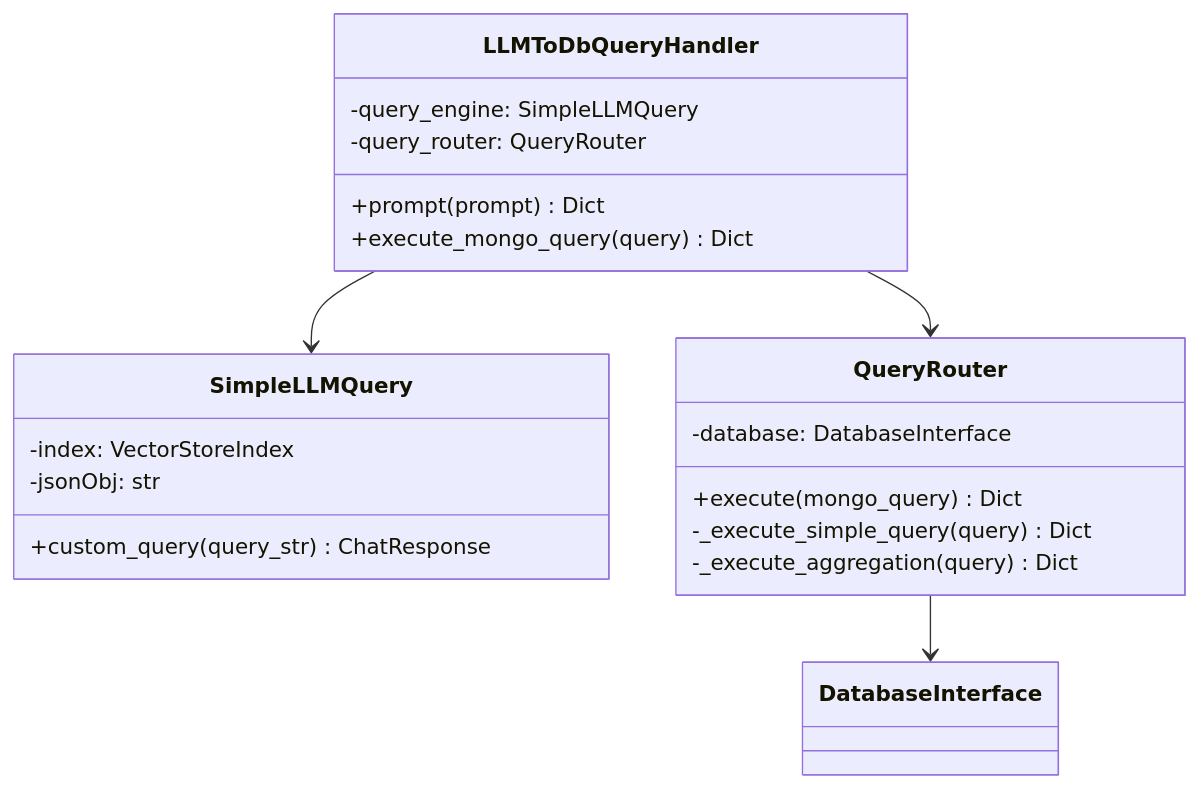
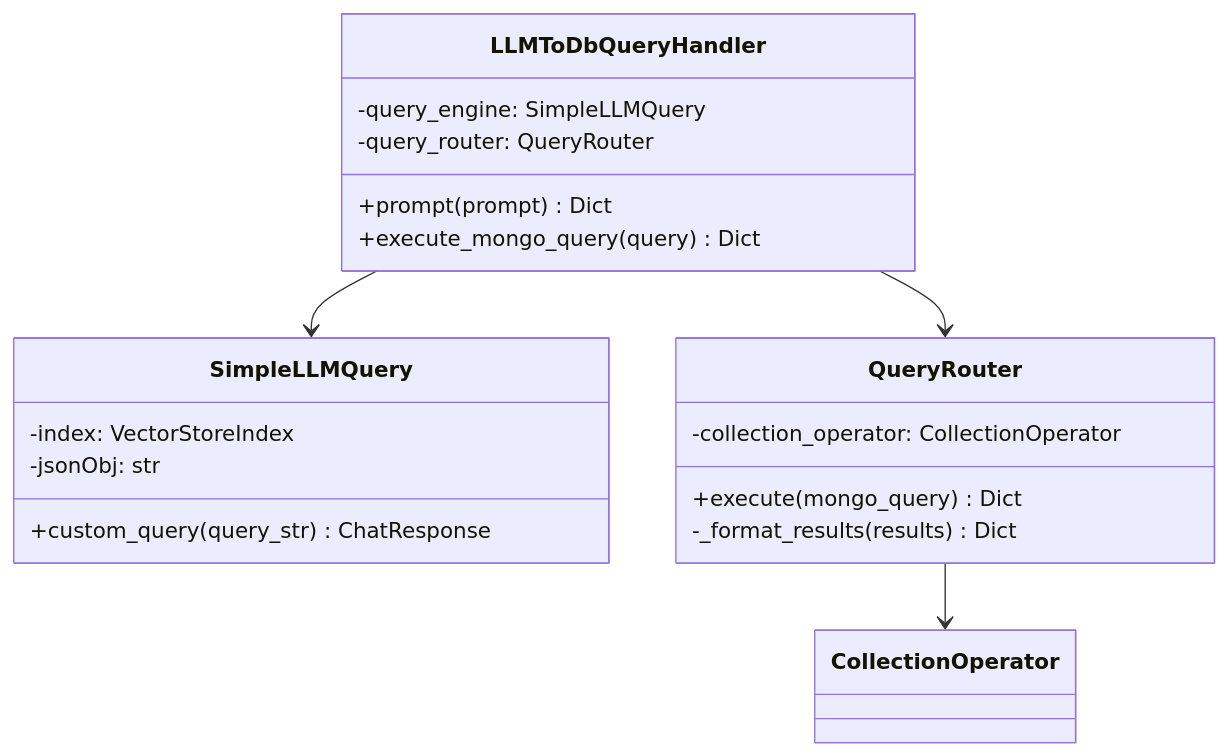
Before and after one commit to scherng/CMDBSvc: the third of 3 diagrams in README.md, drawn with Mermaid. The commit also changed other lines of this file, not shown here.

````diff
--- a/README.md
+++ b/README.md
@@ -160,26 +125,26 @@
 ```mermaid
 classDiagram
     class LLMToDbQueryHandler {
         -query_engine: SimpleLLMQuery
         -query_router: QueryRouter
         +prompt(prompt) Dict
         +execute_mongo_query(query) Dict
     }
 
     class SimpleLLMQuery {
         -index: VectorStoreIndex
         -jsonObj: str
         +custom_query(query_str) ChatResponse
     }
 
     class QueryRouter {
-        -database: DatabaseInterface
+        -collection_operator: CollectionOperator
         +execute(mongo_query) Dict
-        -_execute_simple_query(query) Dict
-        -_execute_aggregation(query) Dict
+        -_format_results(results) Dict
     }
 
     LLMToDbQueryHandler --> SimpleLLMQuery
     LLMToDbQueryHandler --> QueryRouter
-    QueryRouter --> DatabaseInterface
+    QueryRouter --> CollectionOperator
+
 ```
````
